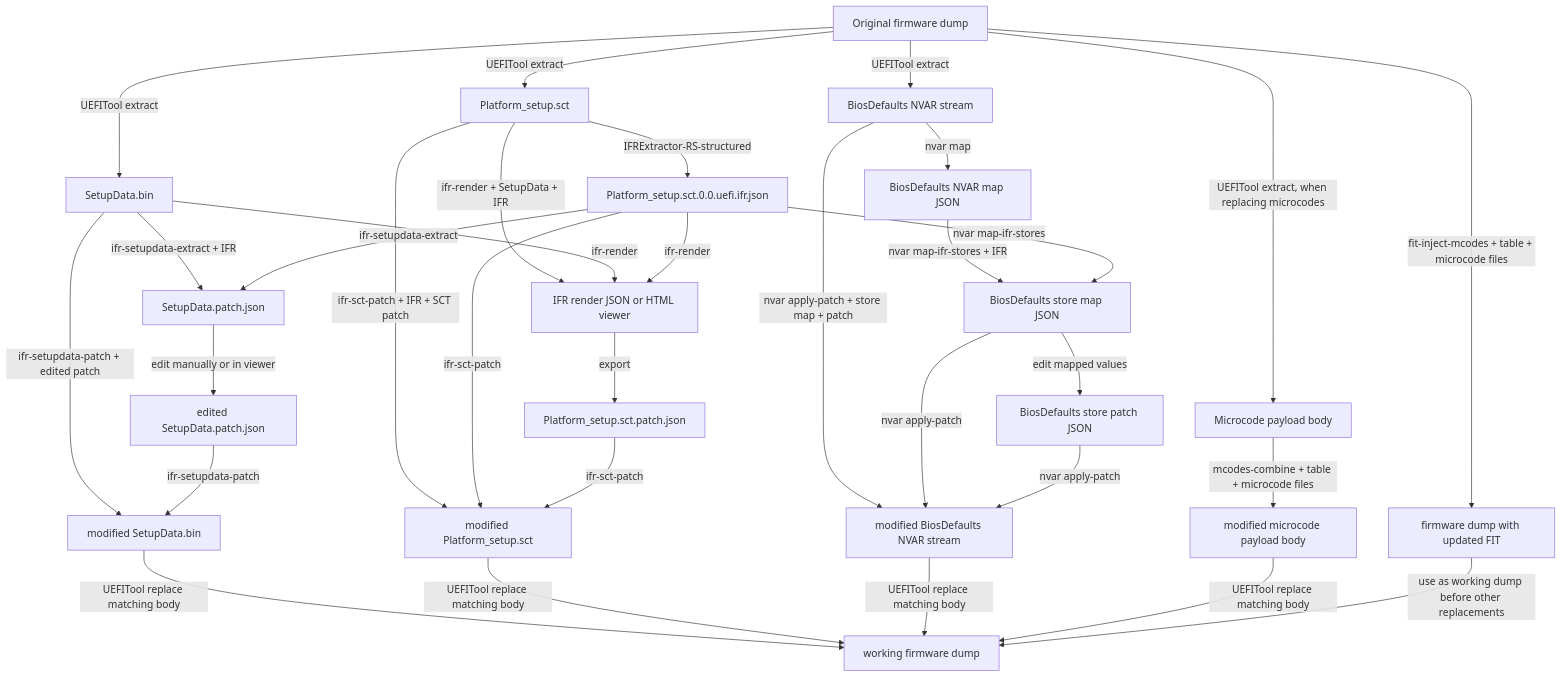
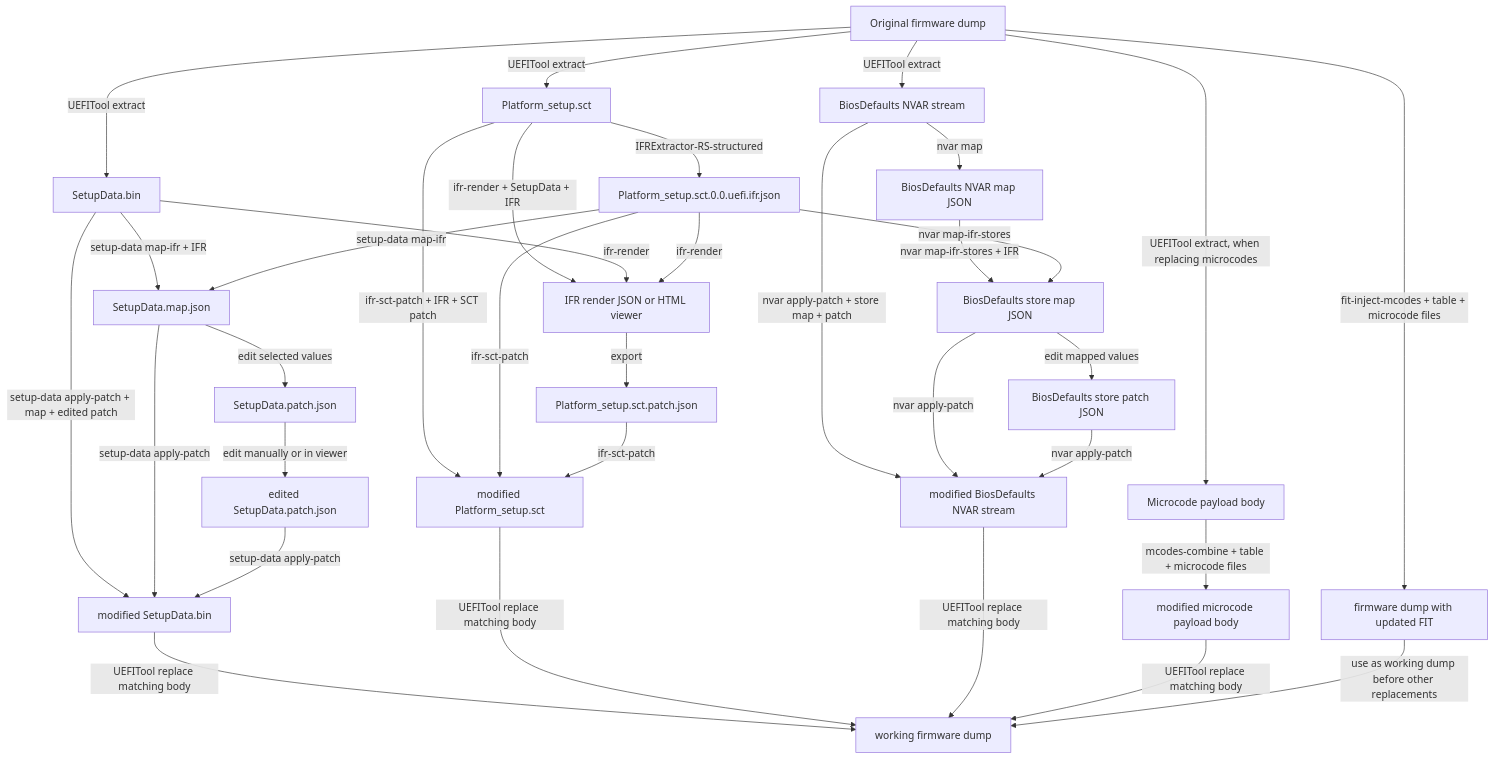
One commit to mixa3607/uefi-mod-tools changed the diagram in docs/cli/uefi.md. Above: the diagram before and after it, drawn with Mermaid. The commit also changed other lines of this file and 21 other files, not shown here.

````diff
--- a/docs/cli/uefi.md
+++ b/docs/cli/uefi.md
@@ -14,42 +14,44 @@
 ```mermaid
 flowchart TD
     Dump[Original firmware dump]
 
     Dump -->|UEFITool extract| Sct[Platform_setup.sct]
     Dump -->|UEFITool extract| SetupData[SetupData.bin]
     Dump -->|UEFITool extract| Defaults[BiosDefaults NVAR stream]
     Dump -->|UEFITool extract, when replacing microcodes| MicrocodePayload[Microcode payload body]
 
     Sct -->|IFRExtractor-RS-structured| Ifr[Platform_setup.sct.0.0.uefi.ifr.json]
 
-    SetupData -->|ifr-setupdata-extract + IFR| SetupPatch[SetupData.patch.json]
-    Ifr -->|ifr-setupdata-extract| SetupPatch
+    SetupData -->|setup-data map-ifr + IFR| SetupMap[SetupData.map.json]
+    Ifr -->|setup-data map-ifr| SetupMap
+    SetupMap -->|edit selected values| SetupPatch[SetupData.patch.json]
     SetupPatch -->|edit manually or in viewer| EditedSetupPatch[edited SetupData.patch.json]
-    SetupData -->|ifr-setupdata-patch + edited patch| ModifiedSetupData[modified SetupData.bin]
-    EditedSetupPatch -->|ifr-setupdata-patch| ModifiedSetupData
+    SetupData -->|setup-data apply-patch + map + edited patch| ModifiedSetupData[modified SetupData.bin]
+    SetupMap -->|setup-data apply-patch| ModifiedSetupData
+    EditedSetupPatch -->|setup-data apply-patch| ModifiedSetupData
 
     Sct -->|ifr-render + SetupData + IFR| Viewer[IFR render JSON or HTML viewer]
     SetupData -->|ifr-render| Viewer
     Ifr -->|ifr-render| Viewer
     Viewer -->|export| SctPatch[Platform_setup.sct.patch.json]
     Sct -->|ifr-sct-patch + IFR + SCT patch| ModifiedSct[modified Platform_setup.sct]
     Ifr -->|ifr-sct-patch| ModifiedSct
     SctPatch -->|ifr-sct-patch| ModifiedSct
 
     Defaults -->|nvar map| DefaultsMap[BiosDefaults NVAR map JSON]
     DefaultsMap -->|nvar map-ifr-stores + IFR| DefaultsStoreMap[BiosDefaults store map JSON]
     Ifr -->|nvar map-ifr-stores| DefaultsStoreMap
     DefaultsStoreMap -->|edit mapped values| DefaultsPatch[BiosDefaults store patch JSON]
     Defaults -->|nvar apply-patch + store map + patch| ModifiedDefaults[modified BiosDefaults NVAR stream]
     DefaultsStoreMap -->|nvar apply-patch| ModifiedDefaults
     DefaultsPatch -->|nvar apply-patch| ModifiedDefaults
 
     MicrocodePayload -->|mcodes-combine + table + microcode files| ModifiedMicrocodePayload[modified microcode payload body]
     Dump -->|fit-inject-mcodes + table + microcode files| ModifiedFitDump[firmware dump with updated FIT]
 
     ModifiedSetupData -->|UEFITool replace matching body| ReintegratedDump[working firmware dump]
     ModifiedSct -->|UEFITool replace matching body| ReintegratedDump
     ModifiedDefaults -->|UEFITool replace matching body| ReintegratedDump
     ModifiedMicrocodePayload -->|UEFITool replace matching body| ReintegratedDump
     ModifiedFitDump -->|use as working dump before other replacements| ReintegratedDump
 ```
````
